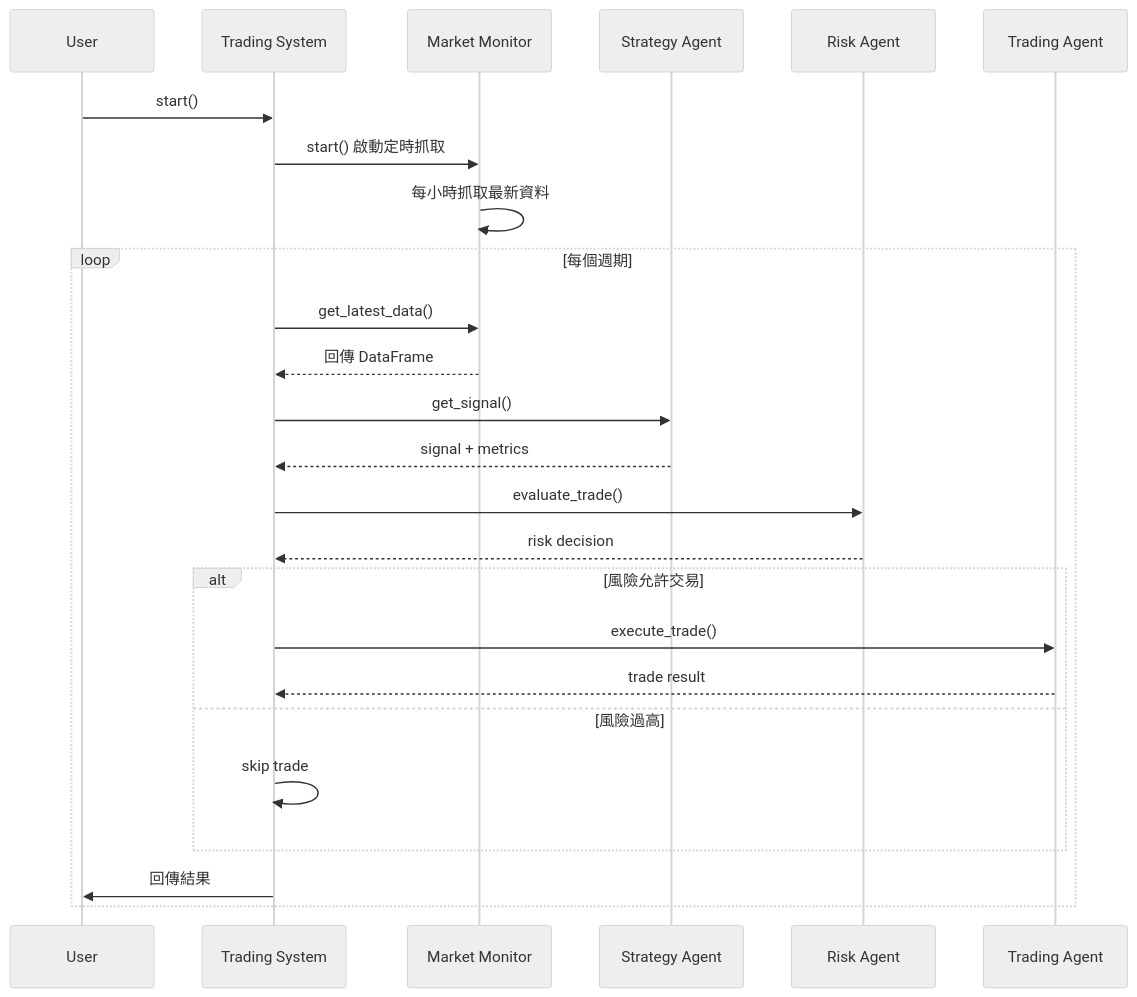
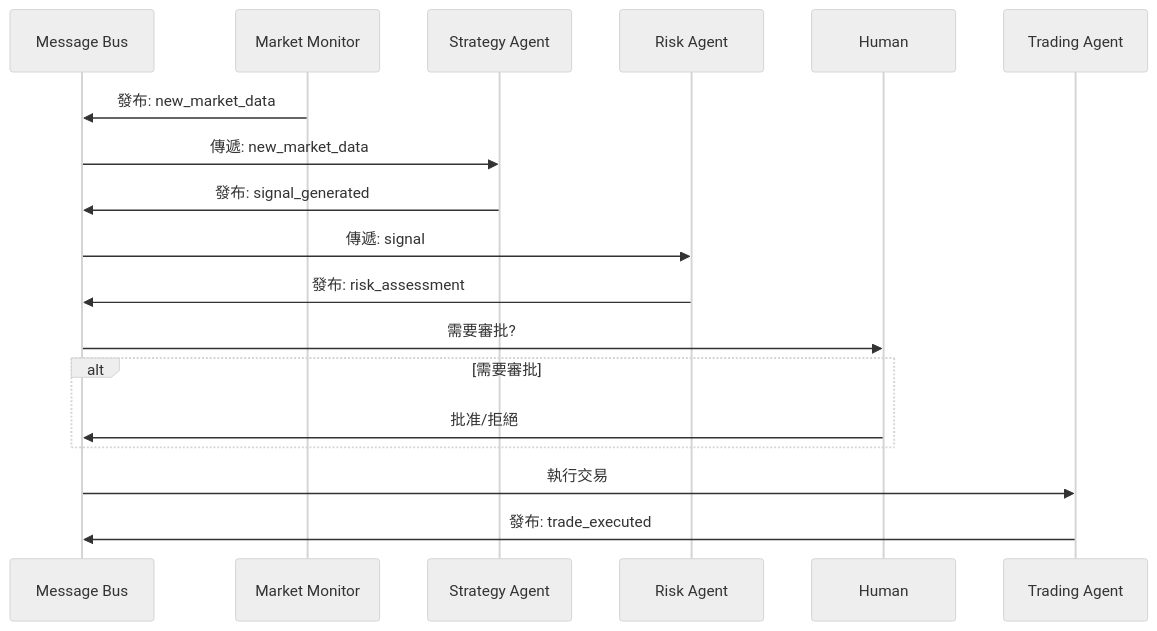
Before and after one commit to seagarwu/crypto-backtester: the second of 5 diagrams in ARCHITECTURE.md, drawn with Mermaid (neutral theme). The commit also changed other lines of this file and 8 other files, not shown here.

First line of the commit message:
feat: Add Event-Driven Core Architecture

````diff
--- a/ARCHITECTURE.md
+++ b/ARCHITECTURE.md
@@ -109,33 +62,25 @@
 ```mermaid
 sequenceDiagram
-    participant User
-    participant System as Trading System
+    participant Bus as Message Bus
     participant Market as Market Monitor
     participant Strategy as Strategy Agent
     participant Risk as Risk Agent
+    participant Human as Human
     participant Trading as Trading Agent
     
-    User->>System: start()
-    System->>Market: start() 啟動定時抓取
-    Market->>Market: 每小時抓取最新資料
+    Market->>Bus: 發布: new_market_data
+    Bus->>Strategy: 傳遞: new_market_data
     
-    loop 每個週期
-        System->>Market: get_latest_data()
-        Market-->>System: 回傳 DataFrame
-        
-        System->>Strategy: get_signal()
-        Strategy-->>System: signal + metrics
-        
-        System->>Risk: evaluate_trade()
-        Risk-->>System: risk decision
-        
-        alt 風險允許交易
-            System->>Trading: execute_trade()
-            Trading-->>System: trade result
-        else 風險過高
-            System->>System: skip trade
-        end
-        
-        System->>User: 回傳結果
+    Strategy->>Bus: 發布: signal_generated
+    Bus->>Risk: 傳遞: signal
+    
+    Risk->>Bus: 發布: risk_assessment
+    Bus->>Human: 需要審批?
+    
+    alt 需要審批
+        Human->>Bus: 批准/拒絕
     end
+    
+    Bus->>Trading: 執行交易
+    Trading->>Bus: 發布: trade_executed
 ```
````
